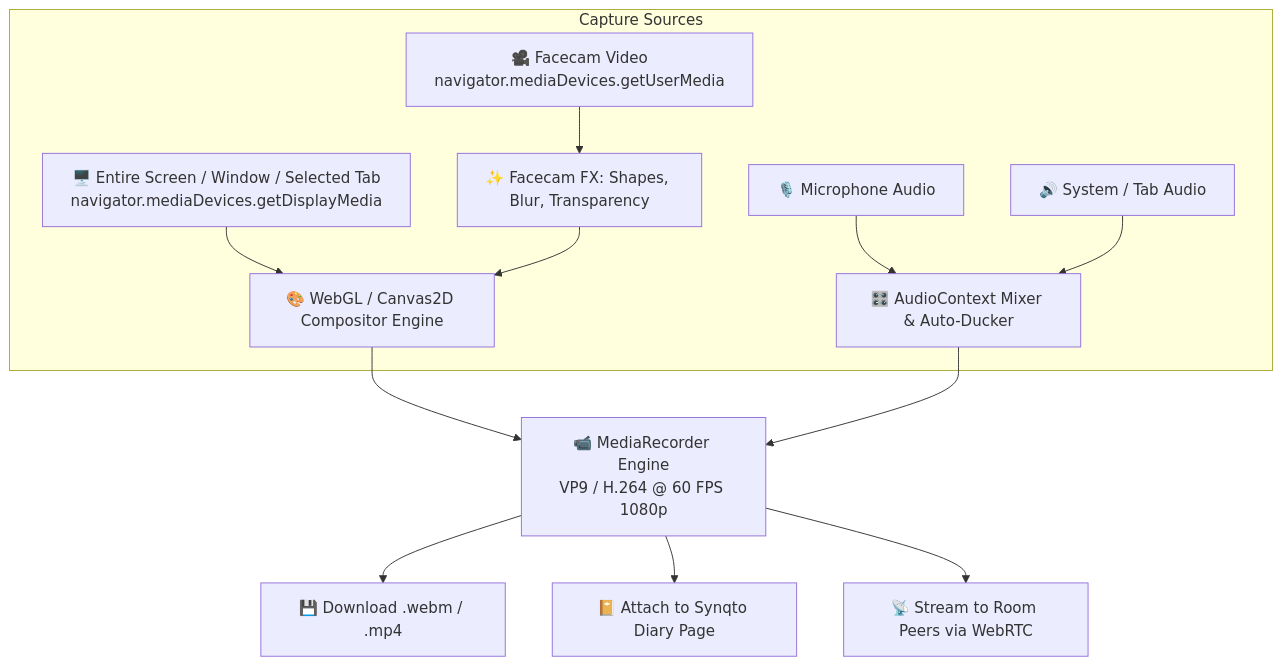
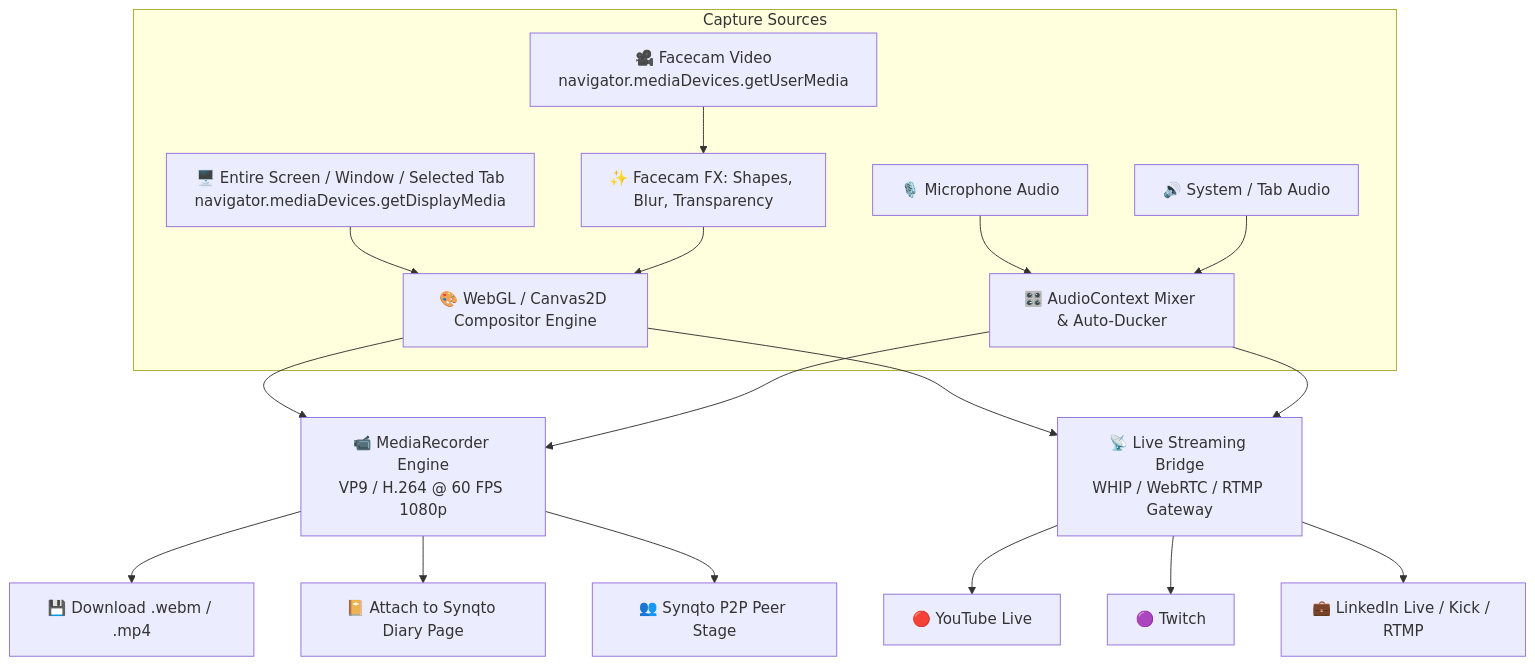
One commit to vksssd/synqto changed the first of 2 diagrams in plan for future.md. Above: the diagram before and after it, drawn with Mermaid. The commit also changed other lines of this file and 2 other files, not shown here.

Commit message:
docs: Add multi-platform live streaming (YouTube, Twitch, LinkedIn, Kick), app linking, and WHIP/RTMP protocol architecture to future plan

````diff
--- a/plan for future.md
+++ b/plan for future.md
@@ -23,16 +24,23 @@
 ```mermaid
 flowchart TD
     subgraph Capture Sources
         S1[🖥️ Entire Screen / Window / Selected Tab<br/>navigator.mediaDevices.getDisplayMedia] --> Comp[🎨 WebGL / Canvas2D Compositor Engine]
         S2[🎥 Facecam Video<br/>navigator.mediaDevices.getUserMedia] --> FX[✨ Facecam FX: Shapes, Blur, Transparency]
         FX --> Comp
         S3[🎙️ Microphone Audio] --> AM[🎛️ AudioContext Mixer & Auto-Ducker]
         S4[🔊 System / Tab Audio] --> AM
     end
 
     Comp --> REC[📹 MediaRecorder Engine<br/>VP9 / H.264 @ 60 FPS 1080p]
+    Comp --> STR[📡 Live Streaming Bridge<br/>WHIP / WebRTC / RTMP Gateway]
     AM --> REC
+    AM --> STR
+
     REC --> OUT1[💾 Download .webm / .mp4]
     REC --> OUT2[📔 Attach to Synqto Diary Page]
-    REC --> OUT3[📡 Stream to Room Peers via WebRTC]
+    REC --> OUT3[👥 Synqto P2P Peer Stage]
+
+    STR --> LS1[🔴 YouTube Live]
+    STR --> LS2[🟣 Twitch]
+    STR --> LS3[💼 LinkedIn Live / Kick / RTMP]
 ```
````
